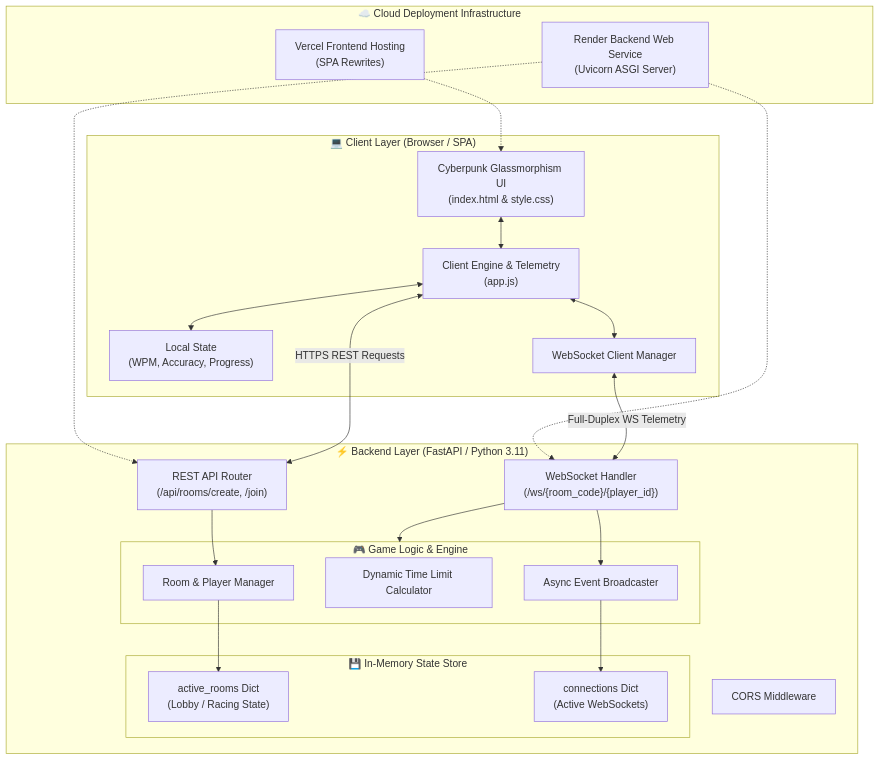
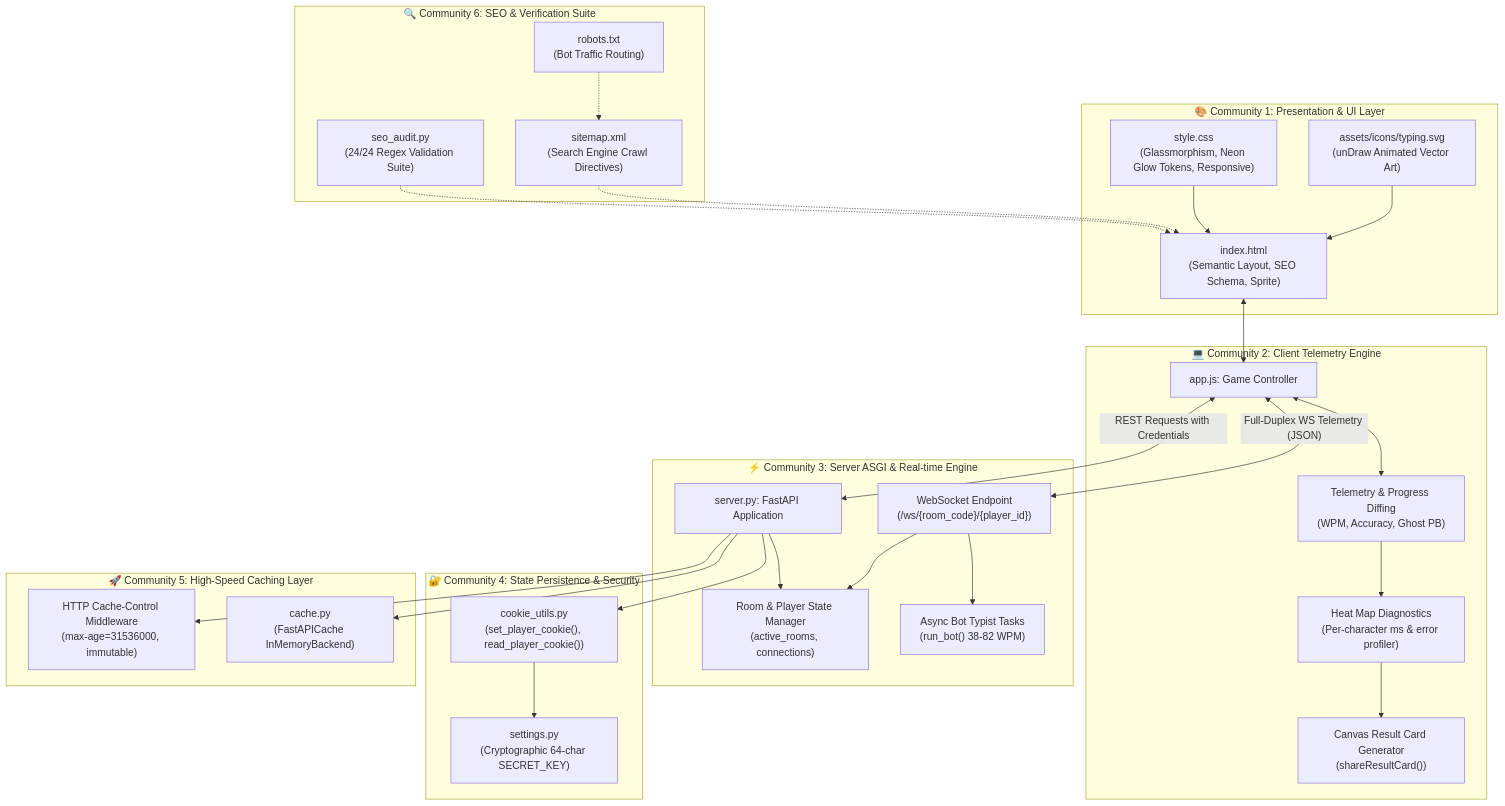
The first of 2 diagrams in README.md (pranav-4797/NeonType_Race), drawn with Mermaid before and after one commit. The commit also changed other lines of this file and 3 other files, not shown here.

Commit message:
docs: redefine README with modern UI/UX design, Graphify AST architecture graph, and competitive analysis

````diff
--- a/README.md
+++ b/README.md
@@ -35,48 +60,63 @@
 ```mermaid
 graph TB
-    subgraph ClientLayer [" 💻 Client Layer (Browser / SPA) "]
-        UI["Cyberpunk Glassmorphism UI<br/>(index.html & style.css)"]
-        Engine["Client Engine & Telemetry<br/>(app.js)"]
-        State["Local State<br/>(WPM, Accuracy, Progress)"]
-        WSClient["WebSocket Client Manager"]
+    subgraph Community1 [" 🎨 Community 1: Presentation & UI Layer "]
+        HTML["index.html<br/>(Semantic Layout, SEO Schema, Sprite)"]
+        CSS["style.css<br/>(Glassmorphism, Neon Glow Tokens, Responsive)"]
+        VectorAssets["assets/icons/typing.svg<br/>(unDraw Animated Vector Art)"]
     end
 
-    subgraph CloudInfra [" ☁️ Cloud Deployment Infrastructure "]
-        Vercel["Vercel Frontend Hosting<br/>(SPA Rewrites)"]
-        Render["Render Backend Web Service<br/>(Uvicorn ASGI Server)"]
+    subgraph Community2 [" 💻 Community 2: Client Telemetry Engine "]
+        AppCore["app.js: Game Controller"]
+        Telemetry["Telemetry & Progress Diffing<br/>(WPM, Accuracy, Ghost PB)"]
+        HeatMap["Heat Map Diagnostics<br/>(Per-character ms & error profiler)"]
+        ShareGen["Canvas Result Card Generator<br/>(shareResultCard())"]
     end
 
-    subgraph BackendLayer [" ⚡ Backend Layer (FastAPI / Python 3.11) "]
-        CORS["CORS Middleware"]
-        RESTRouter["REST API Router<br/>(/api/rooms/create, /join)"]
-        WSEndpoint["WebSocket Handler<br/>(/ws/{room_code}/{player_id})"]
-        
-        subgraph CoreServices [" 🎮 Game Logic & Engine "]
-            RoomMgr["Room & Player Manager"]
-            TimeCalc["Dynamic Time Limit Calculator"]
-            Broadcaster["Async Event Broadcaster"]
-        end
-
-        subgraph InMemState [" 💾 In-Memory State Store "]
-            ActiveRooms["active_rooms Dict<br/>(Lobby / Racing State)"]
-            Connections["connections Dict<br/>(Active WebSockets)"]
-        end
+    subgraph Community3 [" ⚡ Community 3: Server ASGI & Real-time Engine "]
+        ServerApp["server.py: FastAPI Application"]
+        WSHub["WebSocket Endpoint<br/>(/ws/{room_code}/{player_id})"]
+        BotRunner["Async Bot Typist Tasks<br/>(run_bot() 38-82 WPM)"]
+        RoomManager["Room & Player State Manager<br/>(active_rooms, connections)"]
     end
 
-    Vercel -.-> UI
-    Render -.-> RESTRouter
-    Render -.-> WSEndpoint
+    subgraph Community4 [" 🔐 Community 4: State Persistence & Security "]
+        CookieMgr["cookie_utils.py<br/>(set_player_cookie(), read_player_cookie())"]
+        Secrets["settings.py<br/>(Cryptographic 64-char SECRET_KEY)"]
+    end
 
-    UI <--> Engine
-    Engine <--> State
-    Engine <--> WSClient
+    subgraph Community5 [" 🚀 Community 5: High-Speed Caching Layer "]
+        CacheUtil["cache.py<br/>(FastAPICache InMemoryBackend)"]
+        CacheMiddleware["HTTP Cache-Control Middleware<br/>(max-age=31536000, immutable)"]
+    end
 
-    WSClient <-->|"Full-Duplex WS Telemetry"| WSEndpoint
-    Engine <-->|"HTTPS REST Requests"| RESTRouter
+    subgraph Community6 [" 🔍 Community 6: SEO & Verification Suite "]
+        SEOAudit["seo_audit.py<br/>(24/24 Regex Validation Suite)"]
+        Sitemap["sitemap.xml<br/>(Search Engine Crawl Directives)"]
+        Robots["robots.txt<br/>(Bot Traffic Routing)"]
+    end
 
-    RESTRouter --> RoomMgr
-    RoomMgr --> ActiveRooms
-    WSEndpoint --> Broadcaster
-    Broadcaster --> Connections
-    WSEndpoint --> CoreServices
+    HTML <--> AppCore
+    CSS --> HTML
+    VectorAssets --> HTML
+
+    AppCore <--> Telemetry
+    Telemetry --> HeatMap
+    HeatMap --> ShareGen
+
+    AppCore <-->|"Full-Duplex WS Telemetry (JSON)"| WSHub
+    AppCore <-->|"REST Requests with Credentials"| ServerApp
+
+    ServerApp --> RoomManager
+    ServerApp --> CookieMgr
+    CookieMgr --> Secrets
+
+    ServerApp --> CacheUtil
+    ServerApp --> CacheMiddleware
+
+    WSHub --> BotRunner
+    WSHub --> RoomManager
+
+    SEOAudit -.-> HTML
+    Sitemap -.-> HTML
+    Robots -.-> Sitemap
 ```
````
